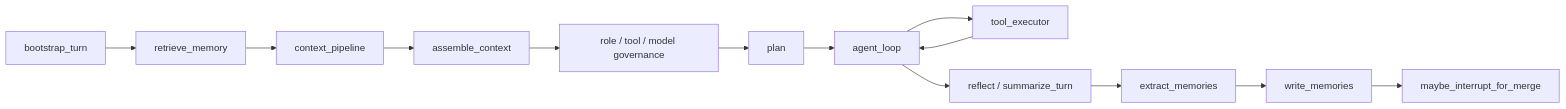
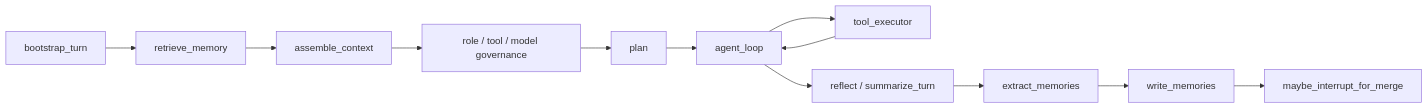
Before and after one commit to William-zgx/focus-agent: the seventh of 10 diagrams in docs/architecture.md, drawn with Mermaid. The commit also changed other lines of this file and 14 other files, not shown here.

First line of the commit message:
refactor: 删除未接入的死代码模块与空转的 context_pipeline 图节点

````diff
--- a/docs/architecture.md
+++ b/docs/architecture.md
@@ -443,15 +442,14 @@
 ```mermaid
 flowchart LR
     Bootstrap["bootstrap_turn"] --> Retrieve["retrieve_memory"]
-    Retrieve --> ContextPipeline["context_pipeline"]
-    ContextPipeline --> Assemble["assemble_context"]
+    Retrieve --> Assemble["assemble_context"]
     Assemble --> Govern["role / tool / model governance"]
     Govern --> Plan["plan"]
     Plan --> Loop["agent_loop"]
     Loop --> Tools["tool_executor"]
     Tools --> Loop
     Loop --> Reflect["reflect / summarize_turn"]
     Reflect --> Extract["extract_memories"]
     Extract --> Write["write_memories"]
     Write --> Merge["maybe_interrupt_for_merge"]
 ```
````
